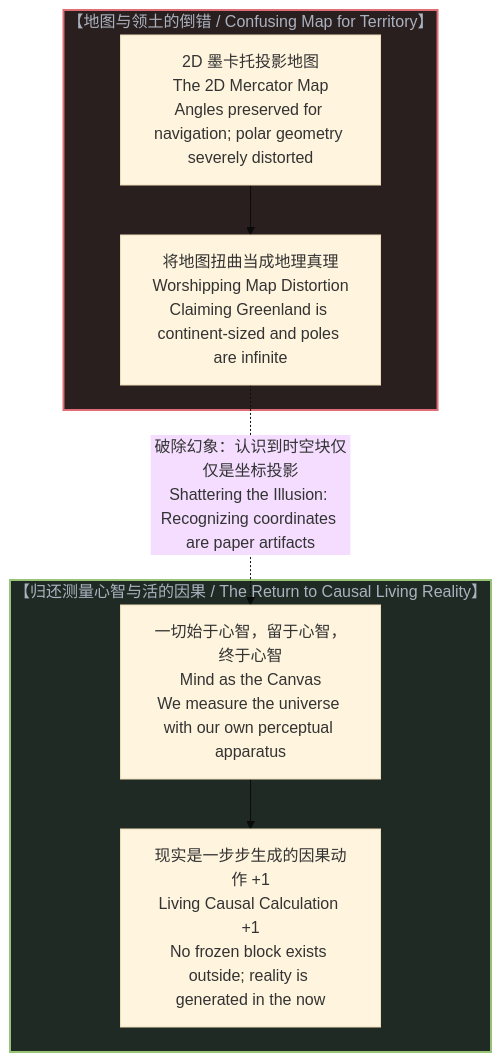
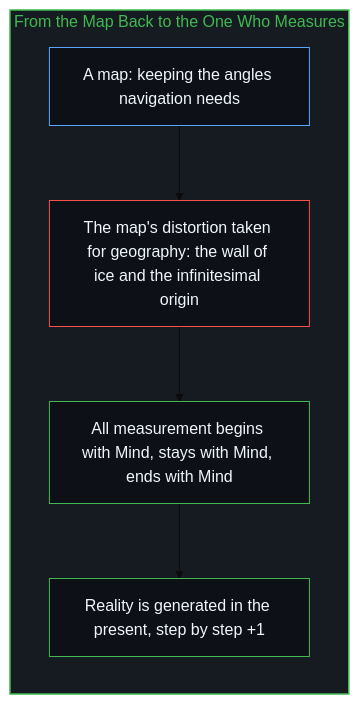
Before and after one commit to powerpig99/not-a-toe: diagram 12 of 12 in content/posts/the-black-and-white-sample-frame-and-the-extrapolated-universe.md, drawn with Mermaid (base theme). The commit also changed other lines of this file and 2 other files, not shown here.

Commit message:
Refine the-black-and-white-sample-frame: alternating bilingual layout, six paired diagrams, constants as readings, implicit first person

````diff
--- a/content/posts/the-black-and-white-sample-frame-and-the-extrapolated-universe.md
+++ b/content/posts/the-black-and-white-sample-frame-and-the-extrapolated-universe.md
@@ -324,19 +385,19 @@
 ```mermaid
-graph TD
-    subgraph TheMapMistake["【地图与领土的倒错 / Confusing Map for Territory】"]
-        MercatorMap["2D 墨卡托投影地图<br>The 2D Mercator Map<br>Angles preserved for navigation; polar geometry severely distorted"]
-        DistortionAsReality["将地图扭曲当成地理真理<br>Worshipping Map Distortion<br>Claiming Greenland is continent-sized and poles are infinite"]
-        MercatorMap --> DistortionAsReality
+flowchart TD
+    subgraph S_Return["From the Map Back to the One Who Measures"]
+        direction TB
+        Map["A map: keeping the angles navigation needs"]
+        Mistake["The map's distortion taken for geography: the wall of ice and the infinitesimal origin"]
+        Measure["All measurement begins with Mind, stays with Mind, ends with Mind"]
+        Step["Reality is generated in the present, step by step +1"]
+        Map --> Mistake
+        Mistake --> Measure
+        Measure --> Step
     end
 
-    subgraph TheCosmicAwakening["【归还测量心智与活的因果 / The Return to Causal Living Reality】"]
-        ObserverAtCenter["一切始于心智，留于心智，终于心智<br>Mind as the Canvas<br>We measure the universe with our own perceptual apparatus"]
-        CausalAction["现实是一步步生成的因果动作 +1<br>Living Causal Calculation +1<br>No frozen block exists outside; reality is generated in the now"]
-        ObserverAtCenter --> CausalAction
-    end
-
-    DistortionAsReality -.->|"破除幻象：认识到时空块仅仅是坐标投影<br>Shattering the Illusion: Recognizing coordinates are paper artifacts"| ObserverAtCenter
-
-    style TheMapMistake fill:#2a1f1f,stroke:#e06c75,stroke-width:2px,color:#abb2bf
-    style TheCosmicAwakening fill:#1f2a24,stroke:#98c379,stroke-width:2px,color:#abb2bf
+    style S_Return fill:#161b22,stroke:#3fb950,stroke-width:1.5px,color:#3fb950
+    style Map fill:#0d1117,stroke:#58a6ff,stroke-width:1px,color:#f0f6fc
+    style Mistake fill:#0d1117,stroke:#f85149,stroke-width:1px,color:#f0f6fc
+    style Measure fill:#0d1117,stroke:#3fb950,stroke-width:1px,color:#f0f6fc
+    style Step fill:#0d1117,stroke:#3fb950,stroke-width:1px,color:#f0f6fc
 ```
````
